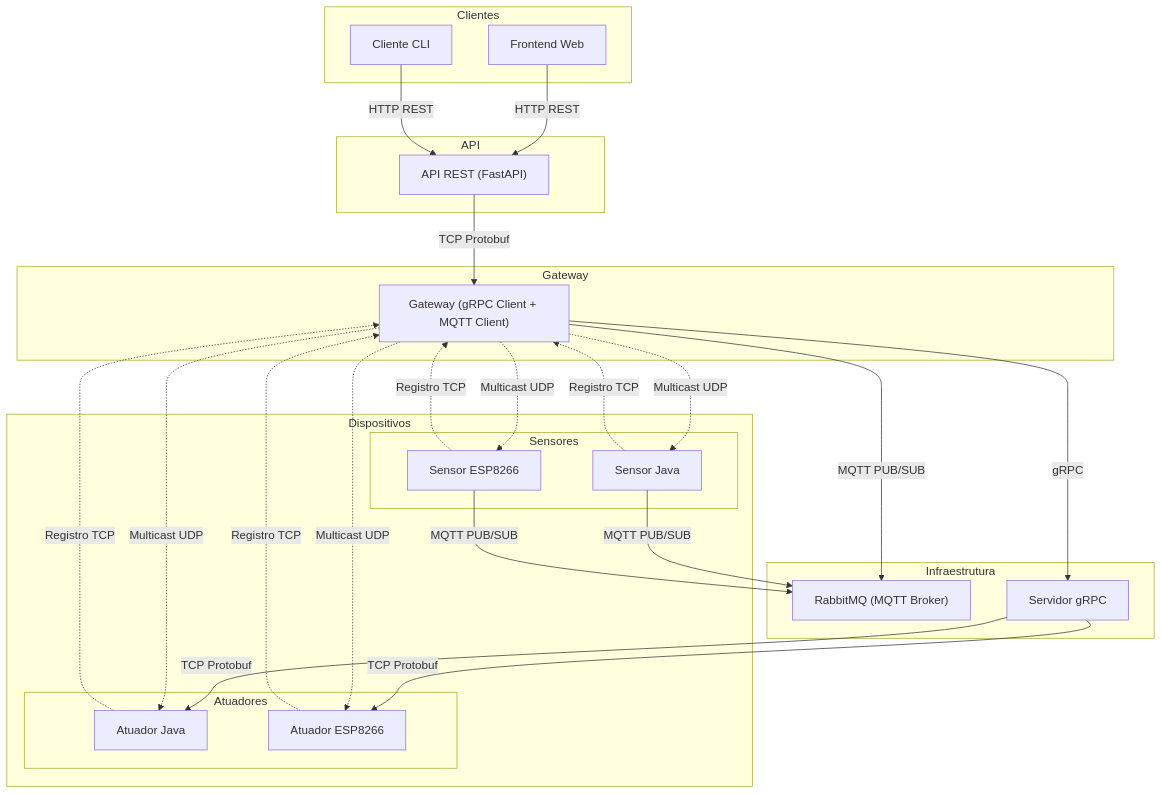
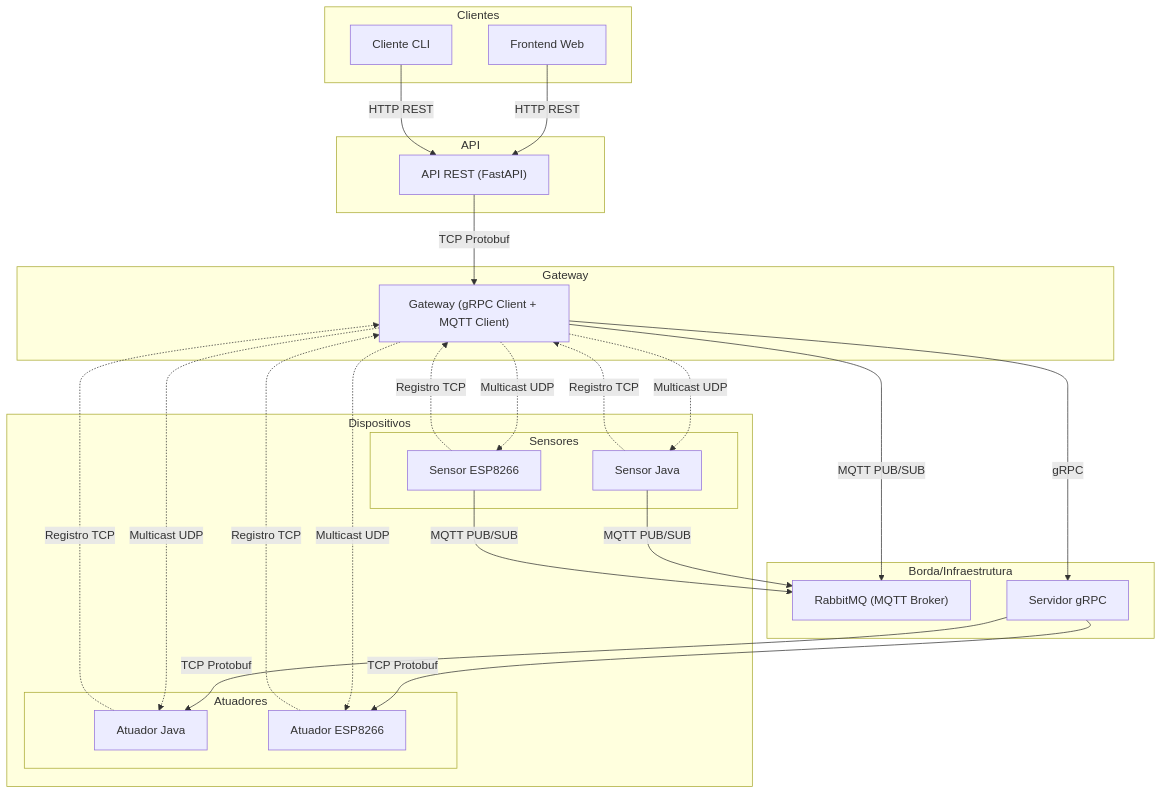
The first of 3 diagrams in README.md (mdo-br/Trabalho-SD-gRPC-RabbitMQ-MQTT), drawn with Mermaid before and after one commit. The commit also changed other lines of this file and 1 other file, not shown here.

Commit message:
Atualiza diagrama de descoberta mais detalhado

````diff
--- a/README.md
+++ b/README.md
@@ -21,60 +21,60 @@
 ```mermaid
 flowchart TB
     subgraph Clientes
         FE["Frontend Web"]
         CLI["Cliente CLI"]
     end
 
     subgraph API
         REST["API REST (FastAPI)"]
     end
 
     subgraph Gateway
         GW["Gateway (gRPC Client + MQTT Client)"]
     end
 
-    subgraph Infraestrutura
+    subgraph Borda/Infraestrutura
         MQ["RabbitMQ (MQTT Broker)"]
         GRPC["Servidor gRPC"]
     end
 
     subgraph Dispositivos
         subgraph Sensores
             SJ["Sensor Java"]
             SESP["Sensor ESP8266"]
         end
         subgraph Atuadores
             AJ["Atuador Java"]
             AESP["Atuador ESP8266"]
         end
     end
 
     %% Conexões dos clientes
     FE -->|HTTP REST| REST
     CLI -->|HTTP REST| REST
     REST -->|TCP Protobuf| GW
 
     %% Conexões do Gateway
     GW -->|gRPC| GRPC
     GW -->|MQTT PUB/SUB| MQ
 
     %% Conexões dos sensores (MQTT)
     SJ -->|MQTT PUB/SUB| MQ
     SESP -->|MQTT PUB/SUB| MQ
 
     %% Conexões dos atuadores (gRPC → TCP)
     GRPC -->|TCP Protobuf| AESP
     GRPC -->|TCP Protobuf| AJ
 
     %% Descoberta multicast (todos os dispositivos)
     GW -.->|Multicast UDP| SJ
     GW -.->|Multicast UDP| SESP
     GW -.->|Multicast UDP| AJ
     GW -.->|Multicast UDP| AESP
     
     %% Registro TCP (todos os dispositivos)
     SJ -.->|Registro TCP| GW
     SESP -.->|Registro TCP| GW
     AJ -.->|Registro TCP| GW
     AESP -.->|Registro TCP| GW
 ```
````
